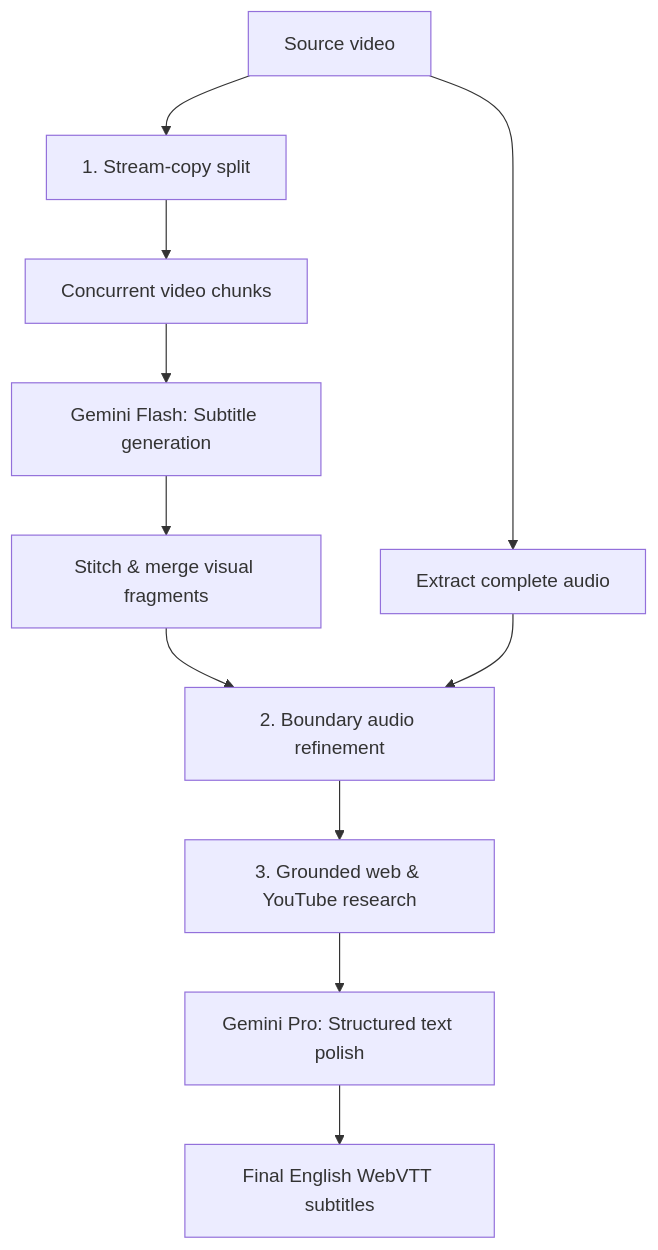
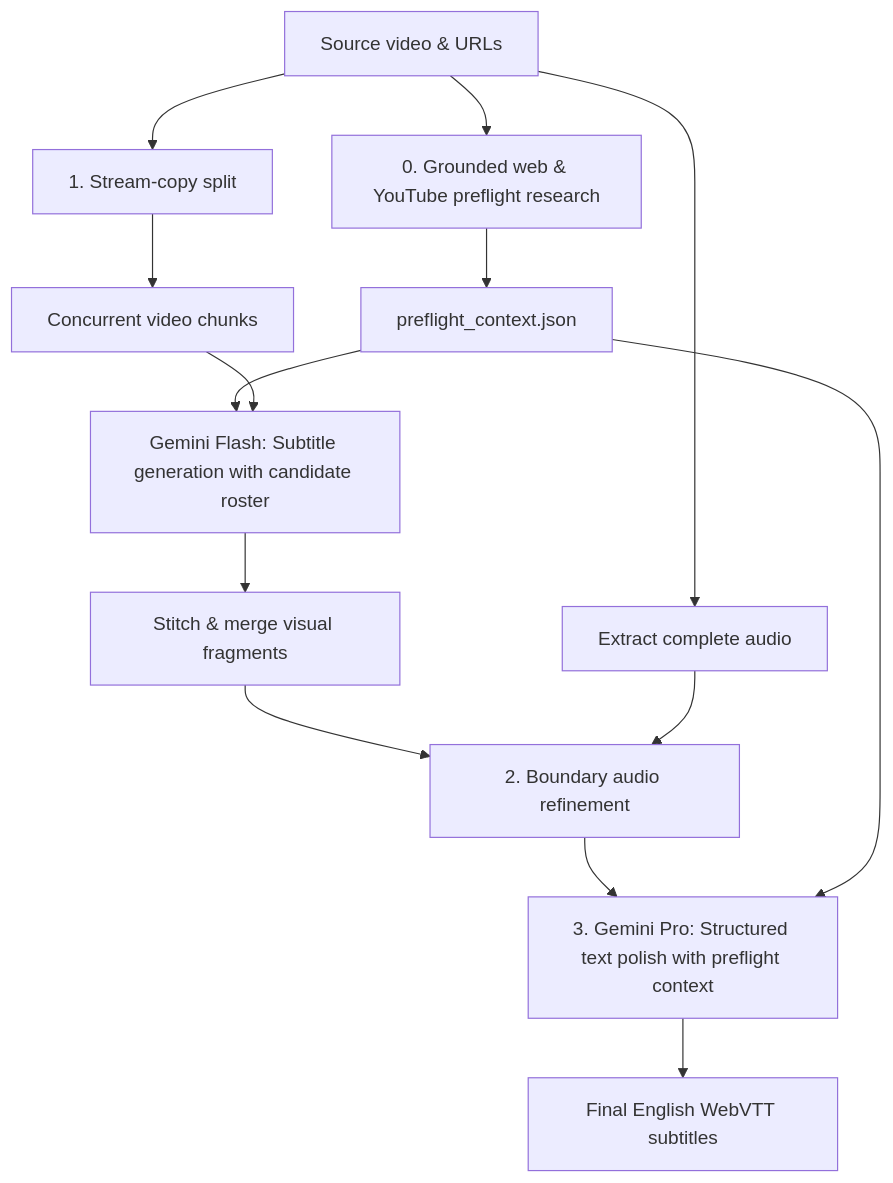
The diagram in README.md (gotenksIN/video-subtitler), drawn with Mermaid before and after one commit. The commit also changed other lines of this file and 11 other files, not shown here.

First line of the commit message:
pipeline: Add Pass 0 preflight research and candidate rosters

````diff
--- a/README.md
+++ b/README.md
@@ -8,16 +12,20 @@
 ```mermaid
 flowchart TD
-    Video[Source video] --> Split[1. Stream-copy split]
+    Video[Source video & URLs] --> Research[0. Grounded web & YouTube preflight research]
     Video --> Audio[Extract complete audio]
 
+    Research --> Context[preflight_context.json]
+    Video --> Split[1. Stream-copy split]
+
     Split --> Chunks[Concurrent video chunks]
-    Chunks --> FlashGen[Gemini Flash: Subtitle generation]
+    Context --> FlashGen
+    Chunks --> FlashGen[Gemini Flash: Subtitle generation with candidate roster]
     FlashGen --> Stitch[Stitch & merge visual fragments]
 
     Stitch --> AudioPass[2. Boundary audio refinement]
     Audio --> AudioPass
 
-    AudioPass --> Research[3. Grounded web & YouTube research]
-    Research --> ProRefine[Gemini Pro: Structured text polish]
+    AudioPass --> ProRefine[3. Gemini Pro: Structured text polish with preflight context]
+    Context --> ProRefine
     ProRefine --> Output[Final English WebVTT subtitles]
 ```
````
